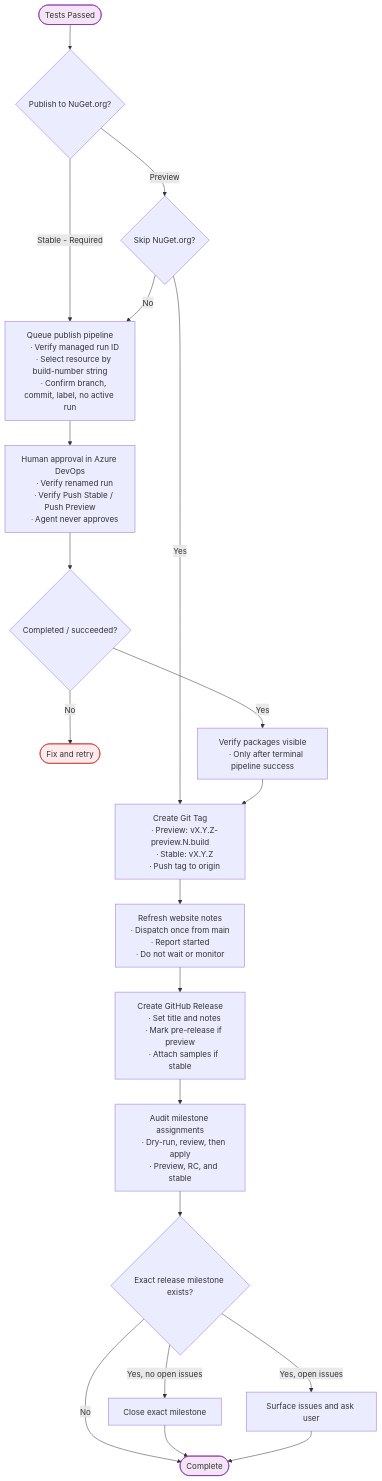
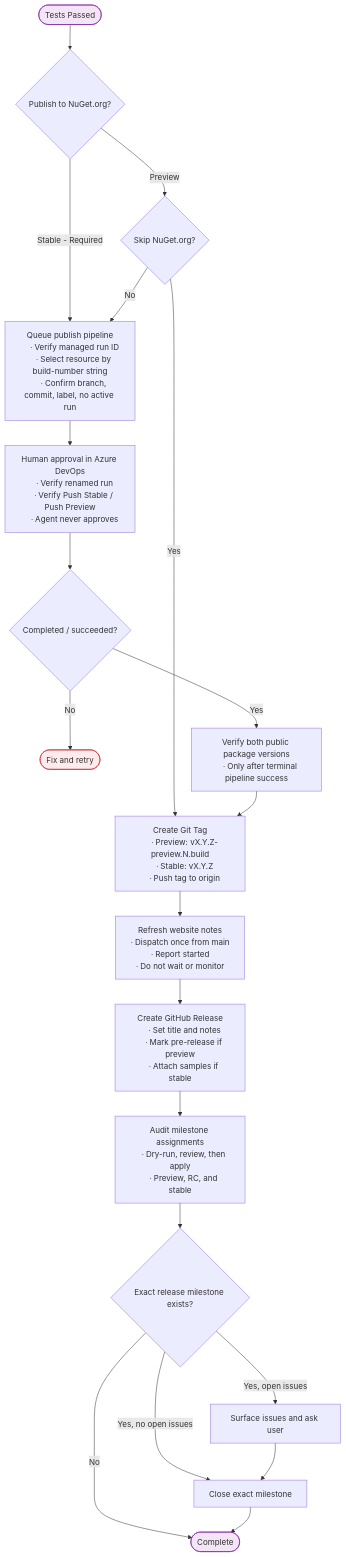
One commit to mono/SkiaSharp changed the third of 3 diagrams in documentation/dev/releasing.md. Above: the diagram before and after it, drawn with Mermaid. The commit also changed other lines of this file and 7 other files, not shown here.

````diff
--- a/documentation/dev/releasing.md
+++ b/documentation/dev/releasing.md
@@ -241,58 +242,58 @@
 ```mermaid
 flowchart TB
     START([Tests Passed]) --> REQ{Publish to NuGet.org?}
     
     REQ -->|Stable - Required| PUBLISH
     REQ -->|Preview| SKIP{Skip NuGet.org?}
     SKIP -->|Yes| TAG
     SKIP -->|No| PUBLISH
     
     PUBLISH["Queue publish pipeline
     ∙ Verify managed run ID
     ∙ Select resource by build-number string
     ∙ Confirm branch, commit, label, no active run"]
     
     PUBLISH --> APPROVE["Human approval in Azure DevOps
     ∙ Verify renamed run
     ∙ Verify Push Stable / Push Preview
     ∙ Agent never approves"]
 
     APPROVE --> STATUS{Completed / succeeded?}
     STATUS -->|No| FAILED([Fix and retry])
-    STATUS -->|Yes| VERIFY["Verify packages visible
+    STATUS -->|Yes| VERIFY["Verify both public package versions
     ∙ Only after terminal pipeline success"]
 
     VERIFY --> TAG
     
     TAG["Create Git Tag
     ∙ Preview: vX.Y.Z-preview.N.build
     ∙ Stable: vX.Y.Z
     ∙ Push tag to origin"]
     
     TAG --> NOTES["Refresh website notes
     ∙ Dispatch once from main
     ∙ Report started
     ∙ Do not wait or monitor"]
 
     NOTES --> RELEASE
     
     RELEASE["Create GitHub Release
     ∙ Set title and notes
     ∙ Mark pre-release if preview
     ∙ Attach samples if stable"]
     
     RELEASE --> AUDIT["Audit milestone assignments
     ∙ Dry-run, review, then apply
     ∙ Preview, RC, and stable"]
     AUDIT --> MILESTONE{Exact release milestone exists?}
     MILESTONE -->|No| DONE([Complete])
     MILESTONE -->|Yes, no open issues| CLOSE[Close exact milestone]
     MILESTONE -->|Yes, open issues| ASK[Surface issues and ask user]
     CLOSE --> DONE
-    ASK --> DONE
+    ASK --> CLOSE
 
     classDef error fill:#ffebee,stroke:#c62828
     classDef endpoint fill:#f3e5f5,stroke:#7b1fa2
     class FAILED error
     class START,DONE endpoint
 ```
````
